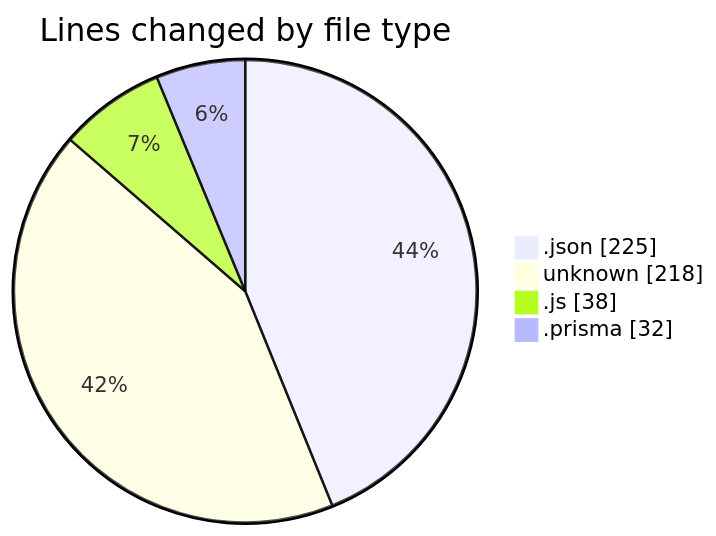
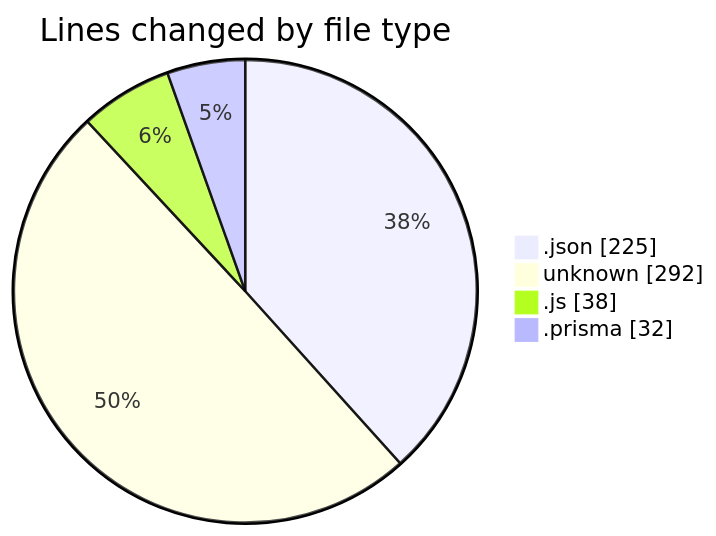
One commit to momahboobian/code-tracking changed the first of 2 diagrams in 2025-01-30/good-pr/README.md. Above: the diagram before and after it, drawn with Mermaid. The commit also changed other lines of this file and 1 other file, not shown here.

````diff
--- a/2025-01-30/good-pr/README.md
+++ b/2025-01-30/good-pr/README.md
@@ -26,8 +26,8 @@
 ```mermaid
 pie showData
 title Lines changed by file type
 ".json" : 225
-"unknown" : 218
+"unknown" : 292
 ".js" : 38
 ".prisma" : 32
 ```
````
